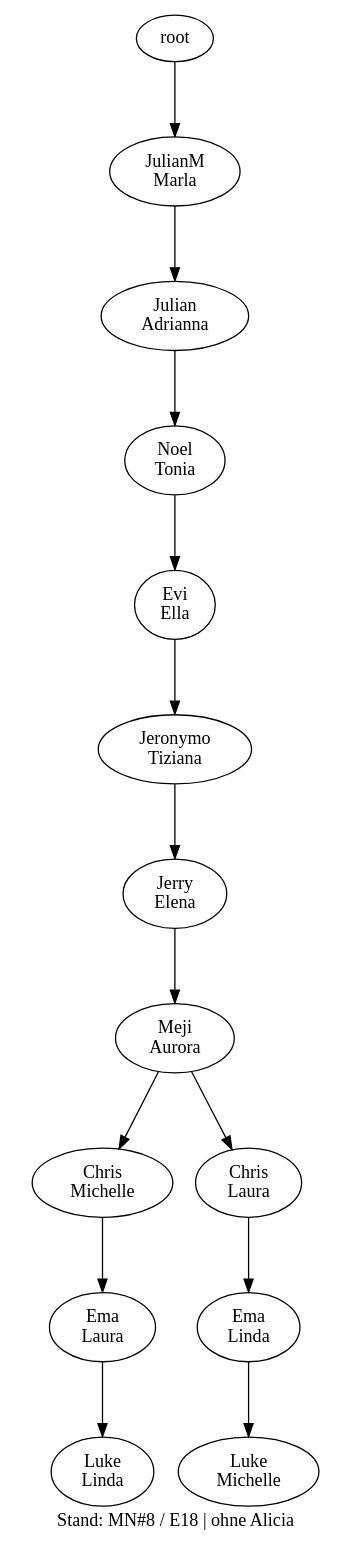
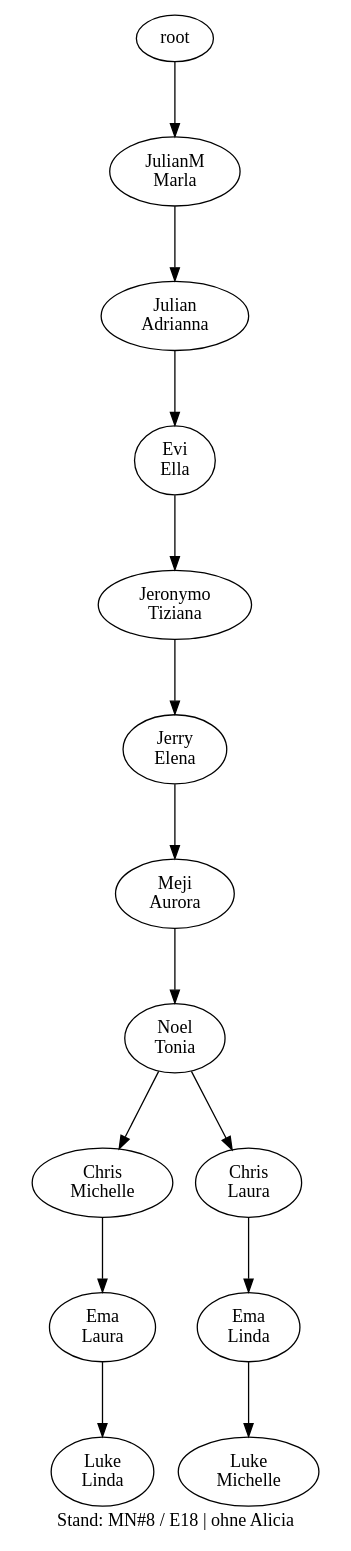
Before and after one commit to atticus-sullivan/sim-ayto: the diagram in data/de07/de07_17_tree_wo_alicia.dot, drawn with Graphviz. The commit also changed 29 other files, not shown here.

```diff
--- a/data/de07/de07_17_tree_wo_alicia.dot
+++ b/data/de07/de07_17_tree_wo_alicia.dot
@@ -1,28 +1,28 @@
 digraph D { labelloc="b"; label="Stand: MN#8 / E18 | ohne Alicia"; ranksep=0.8;
 "root/1000000"[label="JulianM\nMarla"]
 "root" -> "root/1000000";
 "root/1000000/1"[label="Julian\nAdrianna"]
 "root/1000000" -> "root/1000000/1";
-"root/1000000/1/1000000000"[label="Noel\nTonia"]
-"root/1000000/1" -> "root/1000000/1/1000000000";
-"root/1000000/1/1000000000/1000"[label="Evi\nElla"]
-"root/1000000/1/1000000000" -> "root/1000000/1/1000000000/1000";
-"root/1000000/1/1000000000/1000/100000000"[label="Jeronymo\nTiziana"]
-"root/1000000/1/1000000000/1000" -> "root/1000000/1/1000000000/1000/100000000";
-"root/1000000/1/1000000000/1000/100000000/100"[label="Jerry\nElena"]
-"root/1000000/1/1000000000/1000/100000000" -> "root/1000000/1/1000000000/1000/100000000/100";
-"root/1000000/1/1000000000/1000/100000000/100/10000000000"[label="Meji\nAurora"]
-"root/1000000/1/1000000000/1000/100000000/100" -> "root/1000000/1/1000000000/1000/100000000/100/10000000000";
-"root/1000000/1/1000000000/1000/100000000/100/10000000000/10000000"[label="Chris\nMichelle"]
-"root/1000000/1/1000000000/1000/100000000/100/10000000000" -> "root/1000000/1/1000000000/1000/100000000/100/10000000000/10000000";
-"root/1000000/1/1000000000/1000/100000000/100/10000000000/10000000/10000"[label="Ema\nLaura"]
-"root/1000000/1/1000000000/1000/100000000/100/10000000000/10000000" -> "root/1000000/1/1000000000/1000/100000000/100/10000000000/10000000/10000";
-"root/1000000/1/1000000000/1000/100000000/100/10000000000/10000000/10000/100000"[label="Luke\nLinda"]
-"root/1000000/1/1000000000/1000/100000000/100/10000000000/10000000/10000" -> "root/1000000/1/1000000000/1000/100000000/100/10000000000/10000000/10000/100000";
-"root/1000000/1/1000000000/1000/100000000/100/10000000000/10000"[label="Chris\nLaura"]
-"root/1000000/1/1000000000/1000/100000000/100/10000000000" -> "root/1000000/1/1000000000/1000/100000000/100/10000000000/10000";
-"root/1000000/1/1000000000/1000/100000000/100/10000000000/10000/100000"[label="Ema\nLinda"]
-"root/1000000/1/1000000000/1000/100000000/100/10000000000/10000" -> "root/1000000/1/1000000000/1000/100000000/100/10000000000/10000/100000";
-"root/1000000/1/1000000000/1000/100000000/100/10000000000/10000/100000/10000000"[label="Luke\nMichelle"]
-"root/1000000/1/1000000000/1000/100000000/100/10000000000/10000/100000" -> "root/1000000/1/1000000000/1000/100000000/100/10000000000/10000/100000/10000000";
+"root/1000000/1/1000"[label="Evi\nElla"]
+"root/1000000/1" -> "root/1000000/1/1000";
+"root/1000000/1/1000/100000000"[label="Jeronymo\nTiziana"]
+"root/1000000/1/1000" -> "root/1000000/1/1000/100000000";
+"root/1000000/1/1000/100000000/100"[label="Jerry\nElena"]
+"root/1000000/1/1000/100000000" -> "root/1000000/1/1000/100000000/100";
+"root/1000000/1/1000/100000000/100/10000000000"[label="Meji\nAurora"]
+"root/1000000/1/1000/100000000/100" -> "root/1000000/1/1000/100000000/100/10000000000";
+"root/1000000/1/1000/100000000/100/10000000000/1000000000"[label="Noel\nTonia"]
+"root/1000000/1/1000/100000000/100/10000000000" -> "root/1000000/1/1000/100000000/100/10000000000/1000000000";
+"root/1000000/1/1000/100000000/100/10000000000/1000000000/10000000"[label="Chris\nMichelle"]
+"root/1000000/1/1000/100000000/100/10000000000/1000000000" -> "root/1000000/1/1000/100000000/100/10000000000/1000000000/10000000";
+"root/1000000/1/1000/100000000/100/10000000000/1000000000/10000000/10000"[label="Ema\nLaura"]
+"root/1000000/1/1000/100000000/100/10000000000/1000000000/10000000" -> "root/1000000/1/1000/100000000/100/10000000000/1000000000/10000000/10000";
+"root/1000000/1/1000/100000000/100/10000000000/1000000000/10000000/10000/100000"[label="Luke\nLinda"]
+"root/1000000/1/1000/100000000/100/10000000000/1000000000/10000000/10000" -> "root/1000000/1/1000/100000000/100/10000000000/1000000000/10000000/10000/100000";
+"root/1000000/1/1000/100000000/100/10000000000/1000000000/10000"[label="Chris\nLaura"]
+"root/1000000/1/1000/100000000/100/10000000000/1000000000" -> "root/1000000/1/1000/100000000/100/10000000000/1000000000/10000";
+"root/1000000/1/1000/100000000/100/10000000000/1000000000/10000/100000"[label="Ema\nLinda"]
+"root/1000000/1/1000/100000000/100/10000000000/1000000000/10000" -> "root/1000000/1/1000/100000000/100/10000000000/1000000000/10000/100000";
+"root/1000000/1/1000/100000000/100/10000000000/1000000000/10000/100000/10000000"[label="Luke\nMichelle"]
+"root/1000000/1/1000/100000000/100/10000000000/1000000000/10000/100000" -> "root/1000000/1/1000/100000000/100/10000000000/1000000000/10000/100000/10000000";
 }
```
